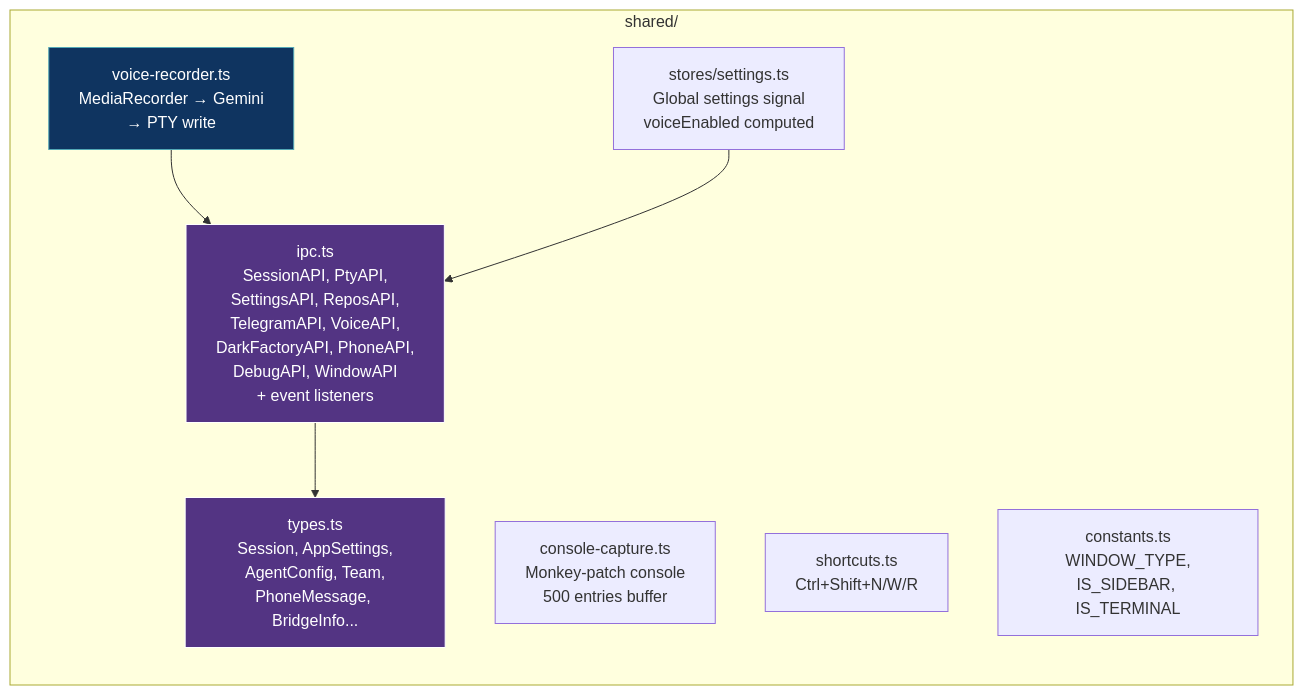
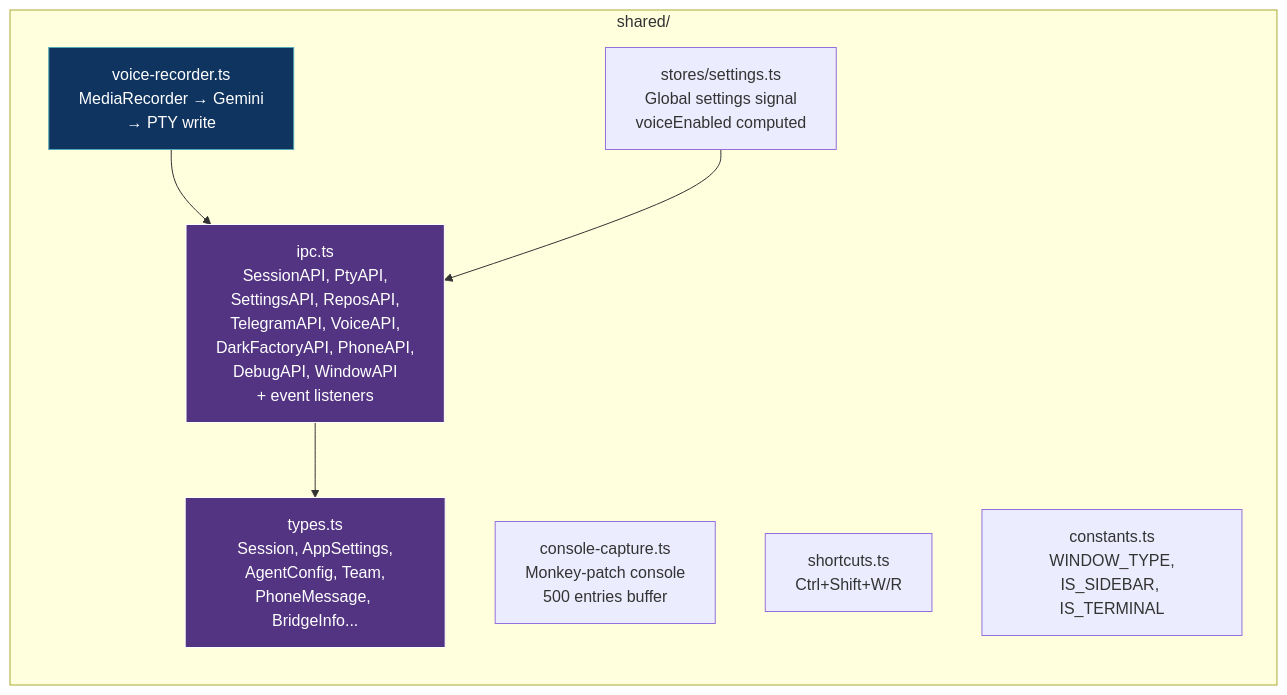
One commit to mblua/AgentsCommander changed the fifth of 15 diagrams in docs/reference/architecture.md. Above: the diagram before and after it, drawn with Mermaid. The commit also changed other lines of this file and 4 other files, not shown here.

First line of the commit message:
fix(#542): remove dead Ctrl+Shift+N shortcut and "+ New Session" button

````diff
--- a/docs/reference/architecture.md
+++ b/docs/reference/architecture.md
@@ -225,26 +225,26 @@
 ```mermaid
 graph LR
     subgraph "shared/"
         TYPES["types.ts<br/>Session, AppSettings,<br/>AgentConfig, Team,<br/>PhoneMessage, BridgeInfo..."]
 
         IPC["ipc.ts<br/>SessionAPI, PtyAPI,<br/>SettingsAPI, ReposAPI,<br/>TelegramAPI, VoiceAPI,<br/>DarkFactoryAPI, PhoneAPI,<br/>DebugAPI, WindowAPI<br/>+ event listeners"]
 
         VOICE["voice-recorder.ts<br/>MediaRecorder → Gemini<br/>→ PTY write"]
 
         CONSOLE["console-capture.ts<br/>Monkey-patch console<br/>500 entries buffer"]
 
         SSTORE["stores/settings.ts<br/>Global settings signal<br/>voiceEnabled computed"]
 
-        SHORTS["shortcuts.ts<br/>Ctrl+Shift+N/W/R"]
+        SHORTS["shortcuts.ts<br/>Ctrl+Shift+W/R"]
 
         CONST["constants.ts<br/>WINDOW_TYPE,<br/>IS_SIDEBAR, IS_TERMINAL"]
     end
 
     IPC --> TYPES
     VOICE --> IPC
     SSTORE --> IPC
 
     style TYPES fill:#533483,stroke:#fff,color:#fff
     style IPC fill:#533483,stroke:#fff,color:#fff
     style VOICE fill:#0f3460,stroke:#53a8b6,color:#fff
 ```
````
